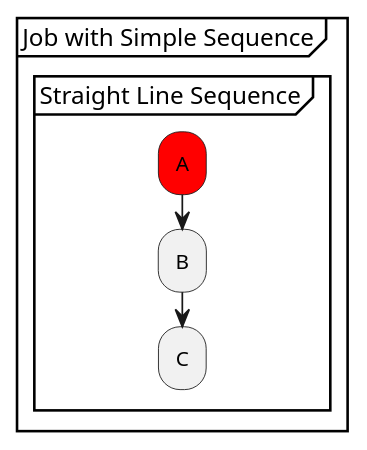
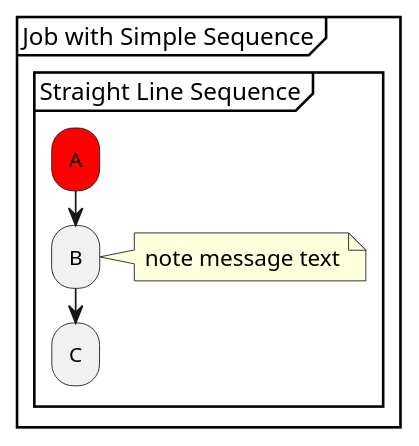
The second of 2 diagrams in doc/notes/MUN-152_activity_plus/examples/1.puml (xtuml/munin), drawn with PlantUML before and after one commit. The commit also changed other lines of this file and 1 other file, not shown here.

```diff
--- a/doc/notes/MUN-152_activity_plus/examples/1.puml
+++ b/doc/notes/MUN-152_activity_plus/examples/1.puml
@@ -4,9 +8,12 @@
 @startuml
 partition "Job with Simple Sequence" {
   group "Straight Line Sequence"
     #red:A;
     :B;
+    note right
+      note message text
+    end note
     :C;
   end group
 }
 @enduml
```
